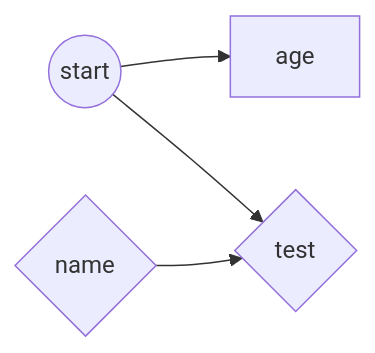
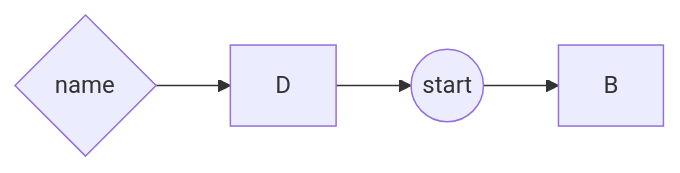
One commit to Alex-Rafter/wiki changed the diagram in daily/2023-04-23.md. Above: the diagram before and after it, drawn with Mermaid.

````diff
--- a/daily/2023-04-23.md
+++ b/daily/2023-04-23.md
@@ -5,6 +5,4 @@
 ```mermaid
 graph LR;
-    A((start))-->B[age];
-    C{name}-->D;
-    A-->D{test};
+    C{name}-->D-->A((start))-->B
 ```
````
